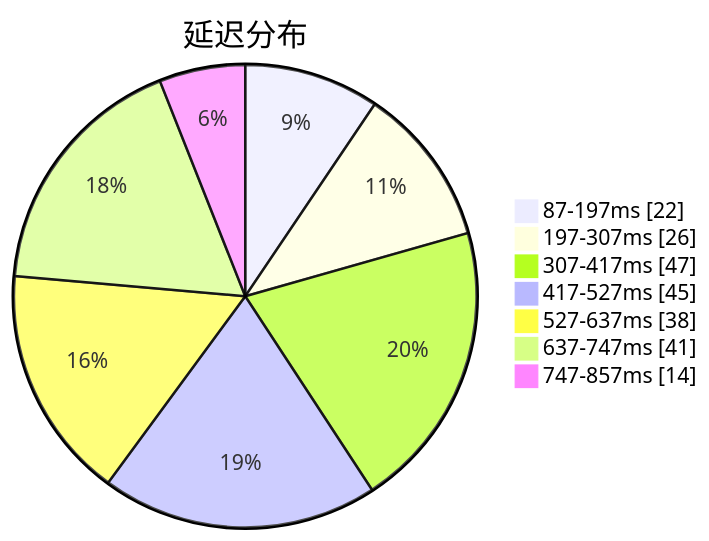
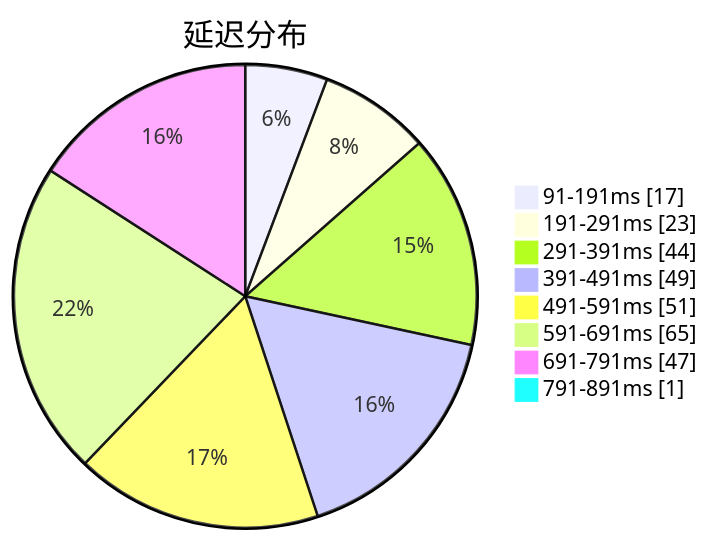
Before and after one commit to sinspired/airport: the first of 3 diagrams in subs/statistics/tested_within.md, drawn with Mermaid. The commit also changed other lines of this file and 2 other files, not shown here.

````diff
--- a/subs/statistics/tested_within.md
+++ b/subs/statistics/tested_within.md
@@ -2,11 +2,12 @@
 ```mermaid
 pie showData
 title 延迟分布
-"87-197ms" : 22
-"197-307ms" : 26
-"307-417ms" : 47
-"417-527ms" : 45
-"527-637ms" : 38
-"637-747ms" : 41
-"747-857ms" : 14
+"91-191ms" : 17
+"191-291ms" : 23
+"291-391ms" : 44
+"391-491ms" : 49
+"491-591ms" : 51
+"591-691ms" : 65
+"691-791ms" : 47
+"791-891ms" : 1
 ```
````
